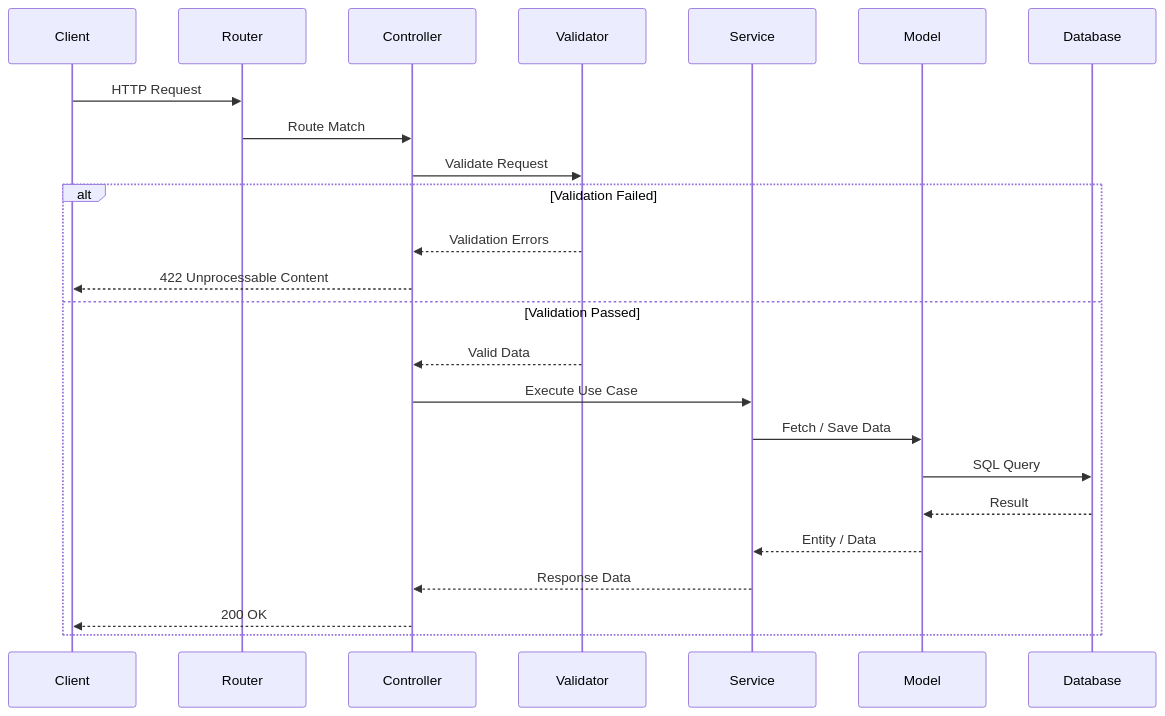
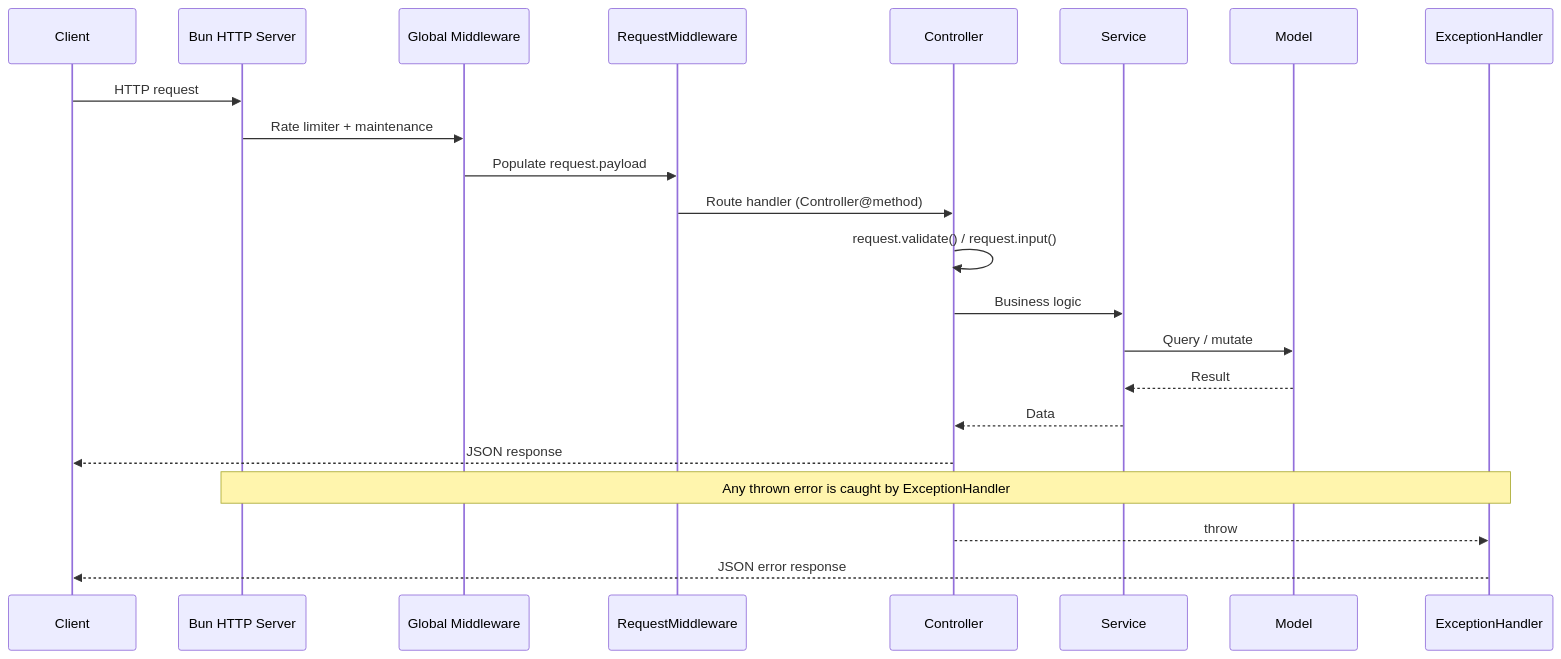
Before and after one commit to Bejibun-Framework/bejibun-docs: the diagram in v0.6/guides/core-concepts/request-lifecycle.mdx, drawn with Mermaid. The commit also changed other lines of this file and 37 other files, not shown here.

````diff
--- a/v0.6/guides/core-concepts/request-lifecycle.mdx
+++ b/v0.6/guides/core-concepts/request-lifecycle.mdx
@@ -29,30 +12,25 @@
 ```mermaid
 sequenceDiagram
     participant Client
-    participant Router
+    participant Server as Bun HTTP Server
+    participant Middleware as Global Middleware
+    participant Payload as RequestMiddleware
     participant Controller
-    participant Validator
     participant Service
     participant Model
-    participant Database
+    participant Exception as ExceptionHandler
 
-    Client->>Router: HTTP Request
-    Router->>Controller: Route Match
-
-    Controller->>Validator: Validate Request
-
-    alt Validation Failed
-        Validator-->>Controller: Validation Errors
-        Controller-->>Client: 422 Unprocessable Content
-    else Validation Passed
-        Validator-->>Controller: Valid Data
-        Controller->>Service: Execute Use Case
-        Service->>Model: Fetch / Save Data
-        Model->>Database: SQL Query
-
-        Database-->>Model: Result
-        Model-->>Service: Entity / Data
-        Service-->>Controller: Response Data
-        Controller-->>Client: 200 OK
-    end
+    Client->>Server: HTTP request
+    Server->>Middleware: Rate limiter + maintenance
+    Middleware->>Payload: Populate request.payload
+    Payload->>Controller: Route handler (Controller@method)
+    Controller->>Controller: request.validate() / request.input()
+    Controller->>Service: Business logic
+    Service->>Model: Query / mutate
+    Model-->>Service: Result
+    Service-->>Controller: Data
+    Controller-->>Client: JSON response
+    Note over Server,Exception: Any thrown error is caught by ExceptionHandler
+    Controller-->>Exception: throw
+    Exception-->>Client: JSON error response
 ```
````
